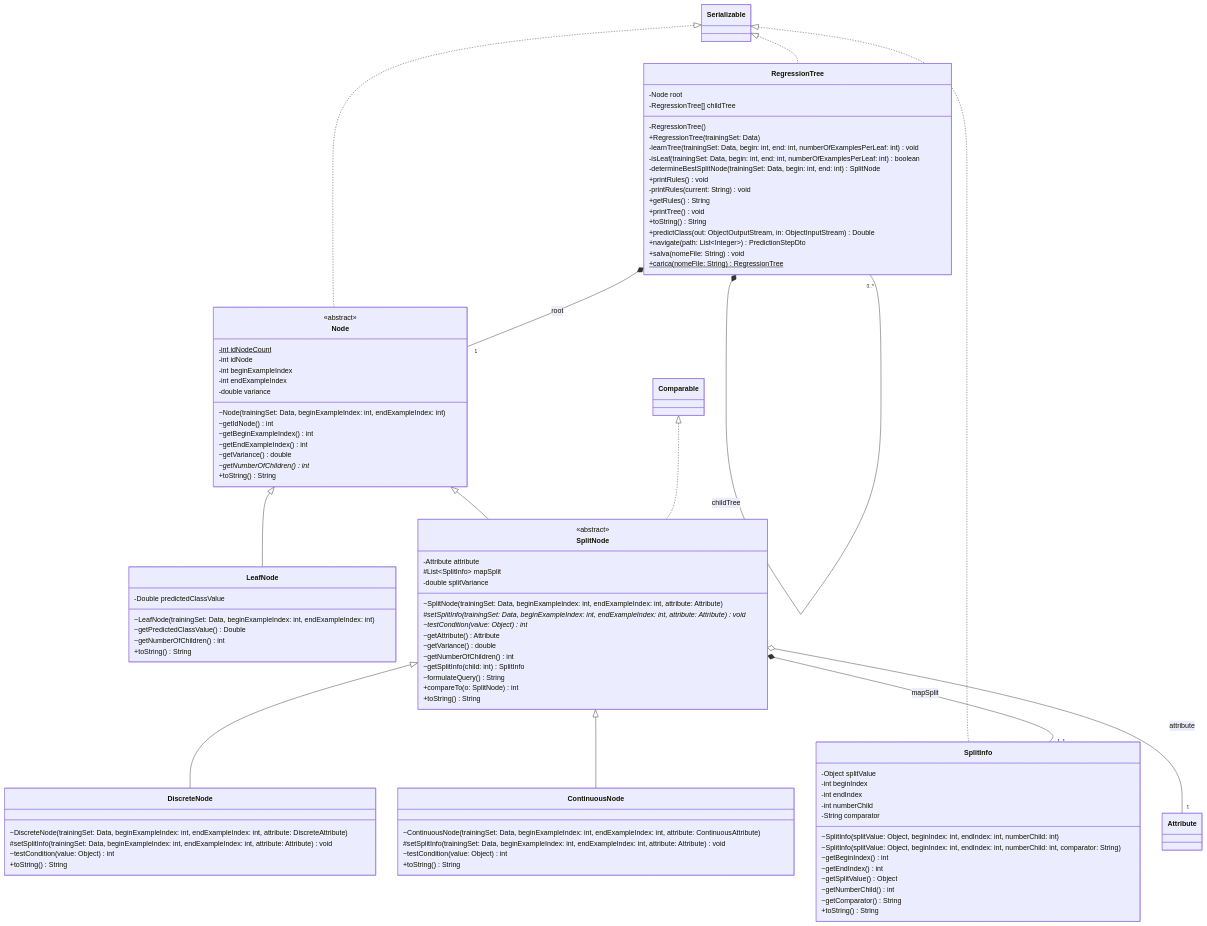
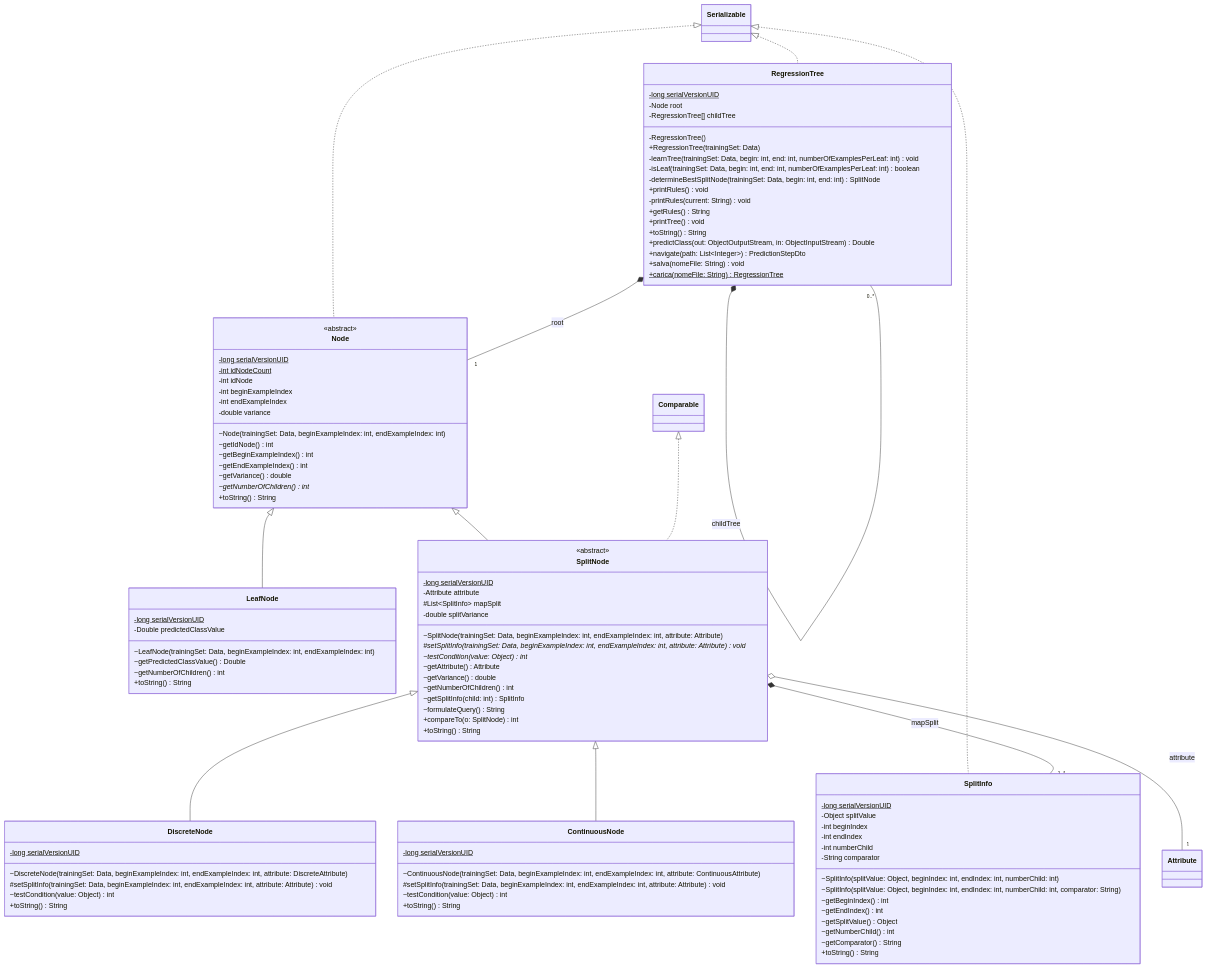
The fourth of 11 diagrams in docs/architettura-uml-oop.md (MarcoDiana/Albero_di_regressione), drawn with Mermaid before and after one commit. The commit also changed other lines of this file and 222 other files, not shown here.

Commit message:
docs: allineamento completo documentazione, diagrammi UML, PDF e javadoc aggregato

```diff
--- a/docs/architettura-uml-oop.md
+++ b/docs/architettura-uml-oop.md
@@ -167,6 +177,7 @@
 classDiagram
     class Node {
         <<abstract>>
+        -long serialVersionUID$
         -int idNodeCount$
         -int idNode
         -int beginExampleIndex
@@ -182,6 +193,7 @@
     }
 
     class LeafNode {
+        -long serialVersionUID$
         -Double predictedClassValue
         ~LeafNode(trainingSet: Data, beginExampleIndex: int, endExampleIndex: int)
         ~getPredictedClassValue() Double
@@ -191,6 +203,7 @@
 
     class SplitNode {
         <<abstract>>
+        -long serialVersionUID$
         -Attribute attribute
         #List~SplitInfo~ mapSplit
         -double splitVariance
@@ -207,6 +220,7 @@
     }
 
     class SplitInfo {
+        -long serialVersionUID$
         -Object splitValue
         -int beginIndex
         -int endIndex
@@ -223,6 +237,7 @@
     }
 
     class DiscreteNode {
+        -long serialVersionUID$
         ~DiscreteNode(trainingSet: Data, beginExampleIndex: int, endExampleIndex: int, attribute: DiscreteAttribute)
         #setSplitInfo(trainingSet: Data, beginExampleIndex: int, endExampleIndex: int, attribute: Attribute) void
         ~testCondition(value: Object) int
@@ -230,6 +245,7 @@
     }
 
     class ContinuousNode {
+        -long serialVersionUID$
         ~ContinuousNode(trainingSet: Data, beginExampleIndex: int, endExampleIndex: int, attribute: ContinuousAttribute)
         #setSplitInfo(trainingSet: Data, beginExampleIndex: int, endExampleIndex: int, attribute: Attribute) void
         ~testCondition(value: Object) int
@@ -237,6 +253,7 @@
     }
 
     class RegressionTree {
+        -long serialVersionUID$
         -Node root
         -RegressionTree[] childTree
         -RegressionTree()
```
